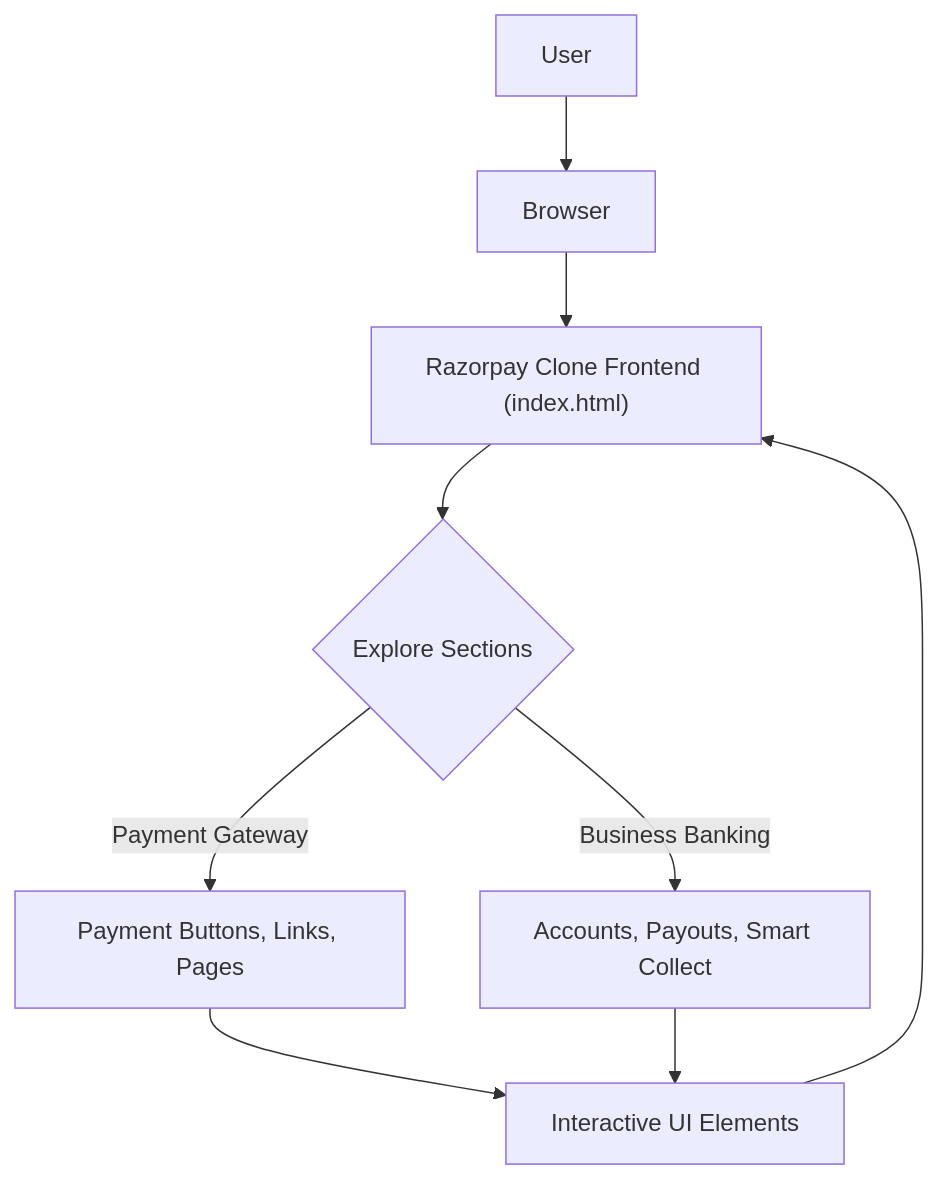
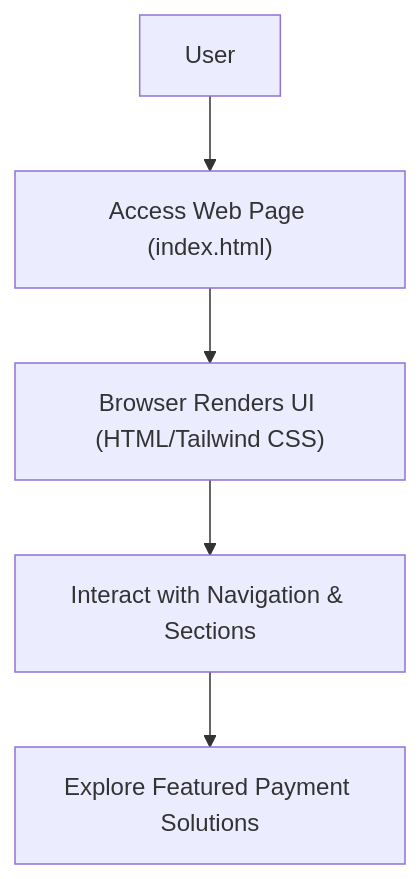
Before and after one commit to grewal16/Razorpay_clone: the diagram in README.md, drawn with Mermaid. The commit also changed other lines of this file, not shown here.

````diff
--- a/README.md
+++ b/README.md
@@ -33,10 +38,7 @@
 ```mermaid
 graph TD
-    A["User"] --> B["Browser"];
-    B --> C["Razorpay Clone Frontend (index.html)"];
-    C --> D{"Explore Sections"};
-    D -- "Payment Gateway" --> E["Payment Buttons, Links, Pages"];
-    D -- "Business Banking" --> F["Accounts, Payouts, Smart Collect"];
-    E & F --> G["Interactive UI Elements"];
-    G --> C;
+    A["User"] --> B["Access Web Page (index.html)"];
+    B --> C["Browser Renders UI (HTML/Tailwind CSS)"];
+    C --> D["Interact with Navigation & Sections"];
+    D --> E["Explore Featured Payment Solutions"];
 ```
````
